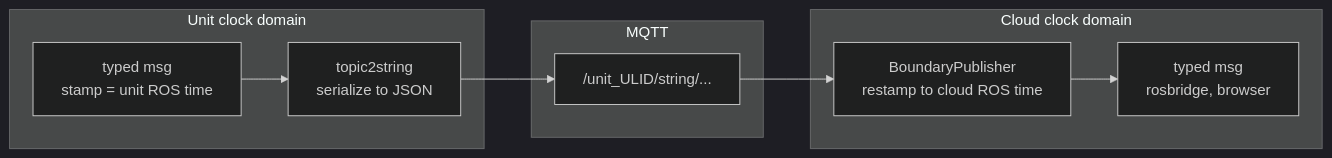
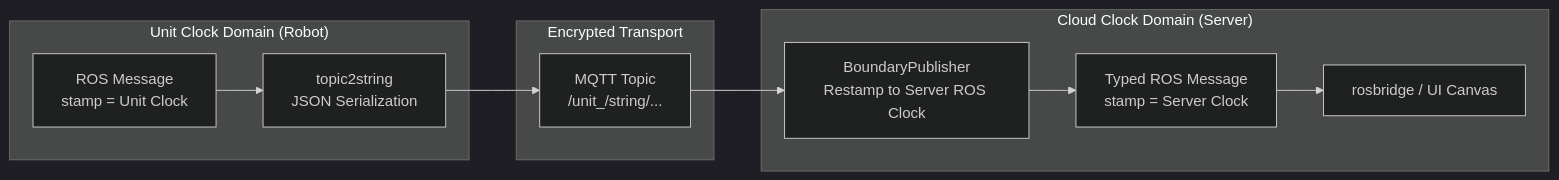
Before and after one commit to itbdelaboprogramming/msd700_documentation: the sixth of 8 diagrams in docs/development/architecture.md, drawn with Mermaid (dark theme). The commit also changed other lines of this file and 16 other files, not shown here.

Commit message:
docs: overhaul documentation structure and clarify fleet addressing and command schemas

````diff
--- a/docs/development/architecture.md
+++ b/docs/development/architecture.md
@@ -210,15 +227,19 @@
 ```mermaid
 flowchart LR
-  subgraph unitclk["Unit clock domain"]
-    A["typed msg<br/>stamp = unit ROS time"]
-    B["topic2string<br/>serialize to JSON"]
+  subgraph UnitDomain["Unit Clock Domain (Robot)"]
+    U_MSG["ROS Message<br/>stamp = Unit Clock"]
+    U_T2S["topic2string<br/>JSON Serialization"]
   end
-  subgraph wire["MQTT"]
-    C["/unit_ULID/string/..."]
+
+  subgraph Transport["Encrypted Transport"]
+    MQTT_TOPIC["MQTT Topic<br/>/unit_<ULID>/string/..."]
   end
-  subgraph cloudclk["Cloud clock domain"]
-    D["BoundaryPublisher<br/>restamp to cloud ROS time"]
-    E["typed msg<br/>rosbridge, browser"]
+
+  subgraph CloudDomain["Cloud Clock Domain (Server)"]
+    C_BOUND["BoundaryPublisher<br/>Restamp to Server ROS Clock"]
+    C_ROS["Typed ROS Message<br/>stamp = Server Clock"]
+    C_VIEW["rosbridge / UI Canvas"]
   end
-  A --> B --> C --> D --> E
+
+  U_MSG --> U_T2S --> MQTT_TOPIC --> C_BOUND --> C_ROS --> C_VIEW
 ```
````
